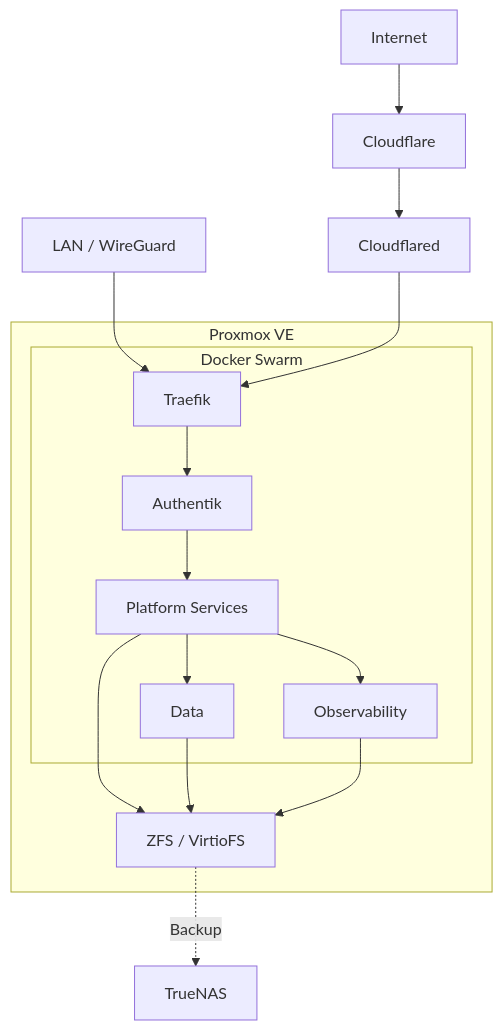
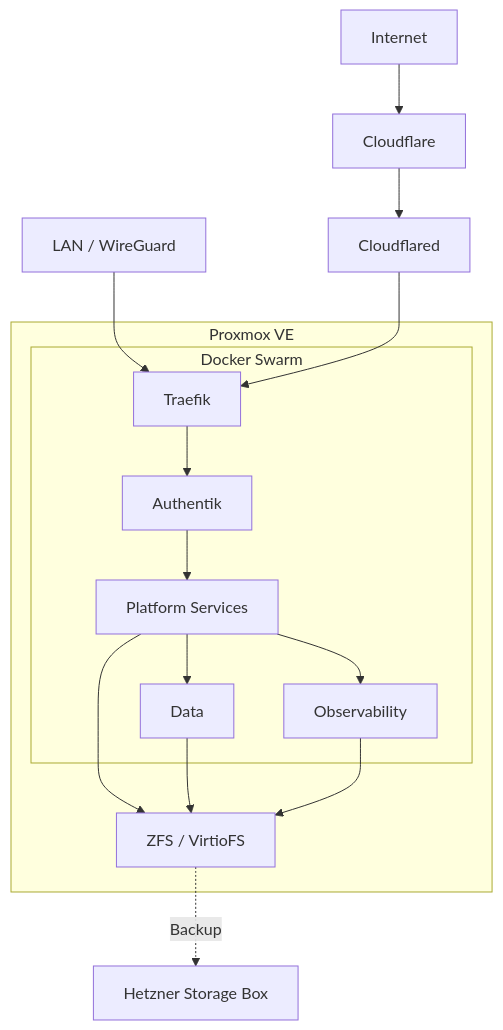
One commit to Hovirix/homelab changed the diagram in README.md. Above: the diagram before and after it, drawn with Mermaid. The commit also changed other lines of this file and 1 other file, not shown here.

````diff
--- a/README.md
+++ b/README.md
@@ -32,25 +32,25 @@
 ```mermaid
 flowchart TB
     internet[Internet] --> cloudflare[Cloudflare]
     cloudflare --> cloudflared[Cloudflared]
     lan[LAN / WireGuard] --> traefik[Traefik]
     cloudflared --> traefik
 
     subgraph proxmox[Proxmox VE]
         subgraph swarm[Docker Swarm]
             traefik --> authentik[Authentik]
             authentik --> services[Platform Services]
 
             services --> data[Data]
             services --> observability[Observability]
         end
 
         storage[ZFS / VirtioFS]
     end
 
     services --> storage
     data --> storage
     observability --> storage
 
-    storage -. Backup .-> truenas[TrueNAS]
+    storage -. Backup .-> storagebox[Hetzner Storage Box]
 ```
````
